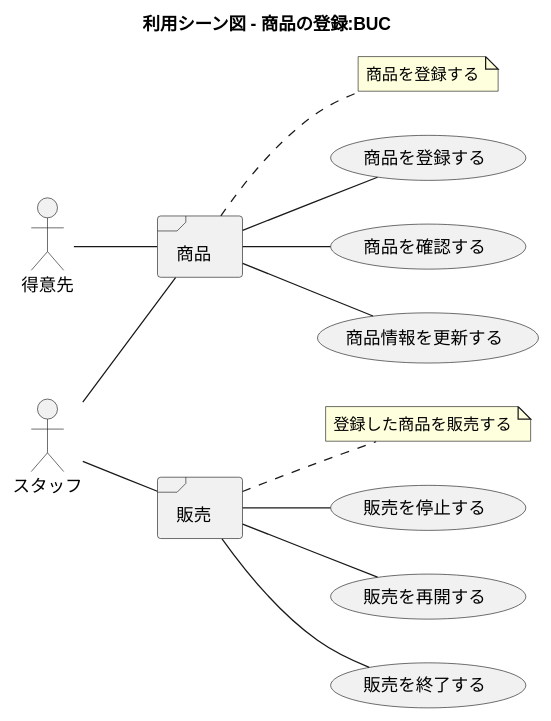
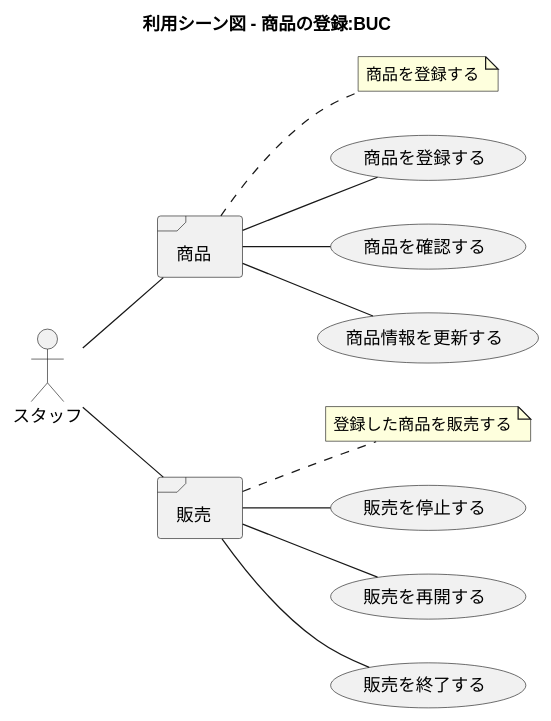
One commit to k2works/application_programing_excercise_2022 changed diagram 17 of 57 in docs/index.adoc. Above: the diagram before and after it, drawn with PlantUML. The commit also changed other lines of this file, not shown here.

```diff
--- a/docs/index.adoc
+++ b/docs/index.adoc
@@ -617,40 +627,38 @@
 [plantuml]
 ----
 @startuml
 
 title 利用シーン図 - 商品の登録:BUC
 
 left to right direction
 
-actor 得意先 as ac_01
-actor スタッフ as ac_02
+actor スタッフ as ac_01
 
 frame 商品 as fr_01
 note right of fr_01
   商品を登録する
 end note
 
 frame 販売 as fr_02
 note right of fr_02
   登録した商品を販売する
 end note
 
 usecase 商品を登録する as uc_01
 usecase 商品を確認する as uc_02
 usecase 商品情報を更新する as uc_03
 usecase 販売を停止する as uc_04
 usecase 販売を再開する as uc_05
 usecase 販売を終了する as uc_06
 
 :ac_01: -- fr_01
-:ac_02: -- fr_01
-:ac_02: -- fr_02
+:ac_01: -- fr_02
 fr_01 -- (uc_01)
 fr_01 -- (uc_02)
 fr_01 -- (uc_03)
 fr_02 -- (uc_04)
 fr_02 -- (uc_05)
 fr_02 -- (uc_06)
 
 @enduml
 ----
```
